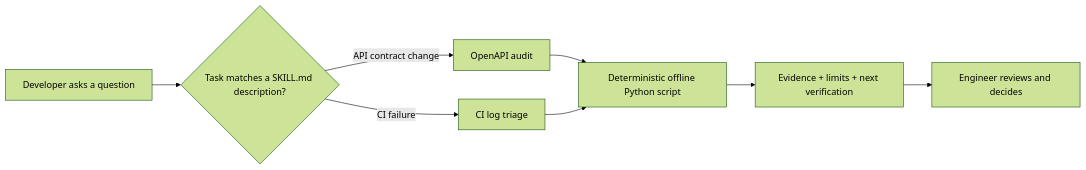
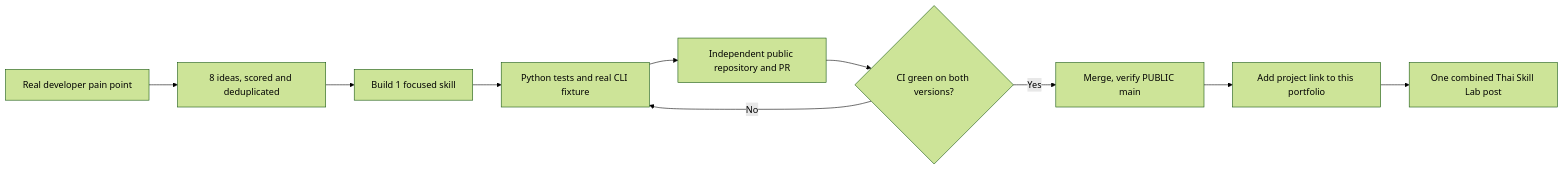
One commit to Kanompung1988/agent-skills changed the diagram in README.md. Above: the diagram before and after it, drawn with Mermaid (forest theme). The commit also changed other lines of this file and 29 other files, not shown here.

First line of the commit message:
refactor: make agent-skills a standalone-project portfolio

````diff
--- a/README.md
+++ b/README.md
@@ -152,10 +73,12 @@
 ```mermaid
 flowchart LR
-    A[Developer asks a question] --> B{Task matches a SKILL.md description?}
-    B -->|API contract change| C[OpenAPI audit]
-    B -->|CI failure| D[CI log triage]
-    C --> E[Deterministic offline Python script]
-    D --> E
-    E --> F[Evidence + limits + next verification]
-    F --> G[Engineer reviews and decides]
+    A[Real developer pain point] --> B[8 ideas, scored and deduplicated]
+    B --> C[Build 1 focused skill]
+    C --> D[Python tests and real CLI fixture]
+    D --> E[Independent public repository and PR]
+    E --> F{CI green on both versions?}
+    F -->|No| D
+    F -->|Yes| G[Merge, verify PUBLIC main]
+    G --> H[Add project link to this portfolio]
+    H --> I[One combined Thai Skill Lab post]
 ```
````
